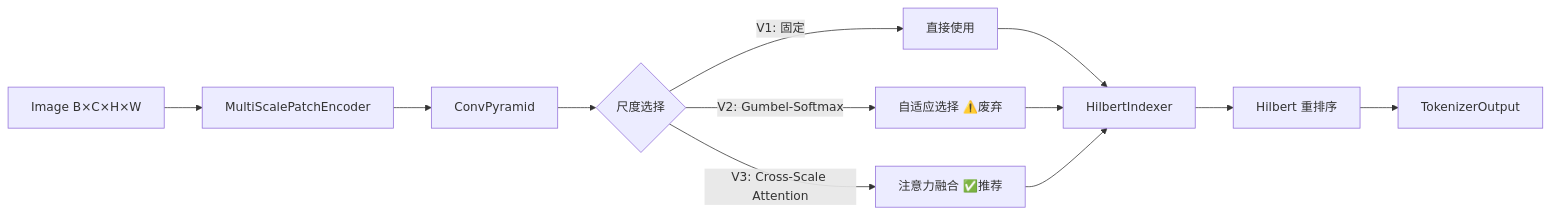
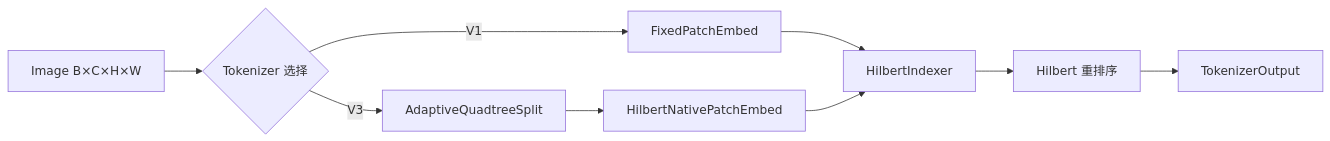
The diagram in documents/03_fractal_tokenizer.md (LoopyBrainie/fractal-curve-tokenizer), drawn with Mermaid before and after one commit. The commit also changed other lines of this file and 8 other files, not shown here.

First line of the commit message:
Refactor documentation and codebase for Variable Depth Tokens architecture

````diff
--- a/documents/03_fractal_tokenizer.md
+++ b/documents/03_fractal_tokenizer.md
@@ -7,14 +7,11 @@
 ```mermaid
 graph LR
-    A[Image B×C×H×W] --> B[MultiScalePatchEncoder]
-    B --> C[ConvPyramid]
-    C --> D{尺度选择}
-    D -->|V1: 固定| E[直接使用]
-    D -->|V2: Gumbel-Softmax| F[自适应选择 ⚠️废弃]
-    D -->|V3: Cross-Scale Attention| G[注意力融合 ✅推荐]
-    E --> H[HilbertIndexer]
-    F --> H
-    G --> H
-    H --> I[Hilbert 重排序]
-    I --> J[TokenizerOutput]
+    A[Image B×C×H×W] --> B{Tokenizer 选择}
+    B -->|V1| C[FixedPatchEmbed]
+    B -->|V3| D[AdaptiveQuadtreeSplit]
+    D --> E[HilbertNativePatchEmbed]
+    C --> F[HilbertIndexer]
+    E --> F
+    F --> G[Hilbert 重排序]
+    G --> H[TokenizerOutput]
 ```
````
